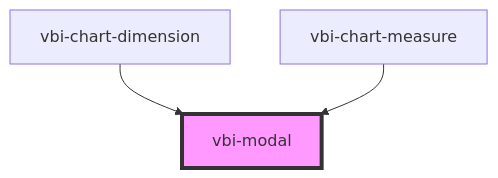
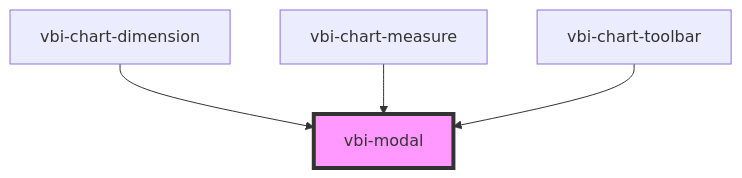
One commit to Ditto190/VBI-modme changed the diagram in packages/vbi-component/src/components/ui/vbi-modal/readme.md. Above: the diagram before and after it, drawn with Mermaid. The commit also changed other lines of this file and 20 other files, not shown here.

````diff
--- a/packages/vbi-component/src/components/ui/vbi-modal/readme.md
+++ b/packages/vbi-component/src/components/ui/vbi-modal/readme.md
@@ -31,6 +32,7 @@
 ```mermaid
 graph TD;
   vbi-chart-dimension --> vbi-modal
   vbi-chart-measure --> vbi-modal
+  vbi-chart-toolbar --> vbi-modal
   style vbi-modal fill:#f9f,stroke:#333,stroke-width:4px
 ```
````
